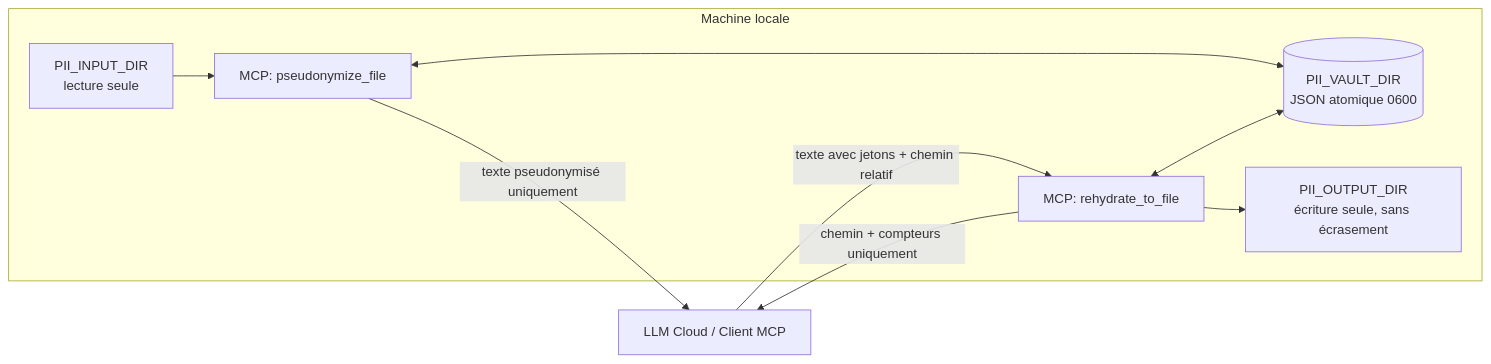
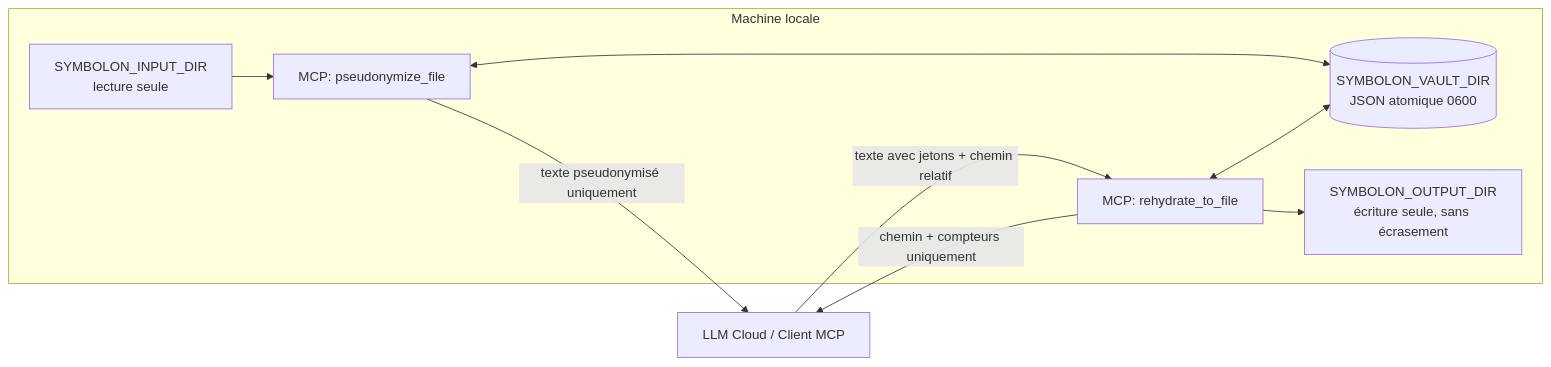
The diagram in README.md (NikoGandon/pii-vault-mcp), drawn with Mermaid before and after one commit. The commit also changed other lines of this file and 19 other files, not shown here.

Commit message:
Renomme le projet en Symbolon (symbolon-pii), module symbolon et variables SYMBOLON_*

````diff
--- a/README.md
+++ b/README.md
@@ -22,12 +24,12 @@
 ```mermaid
 flowchart LR
     subgraph Machine locale
-        F1[PII_INPUT_DIR<br/>lecture seule] --> PF[MCP: pseudonymize_file]
-        PF <--> V[(PII_VAULT_DIR<br/>JSON atomique 0600)]
+        F1[SYMBOLON_INPUT_DIR<br/>lecture seule] --> PF[MCP: pseudonymize_file]
+        PF <--> V[(SYMBOLON_VAULT_DIR<br/>JSON atomique 0600)]
         RTF[MCP: rehydrate_to_file] <--> V
-        RTF --> F2[PII_OUTPUT_DIR<br/>écriture seule, sans écrasement]
+        RTF --> F2[SYMBOLON_OUTPUT_DIR<br/>écriture seule, sans écrasement]
     end
     PF -- "texte pseudonymisé uniquement" --> LLM[LLM Cloud / Client MCP]
     LLM -- "texte avec jetons + chemin relatif" --> RTF
     RTF -- "chemin + compteurs uniquement" --> LLM
 ```
````
